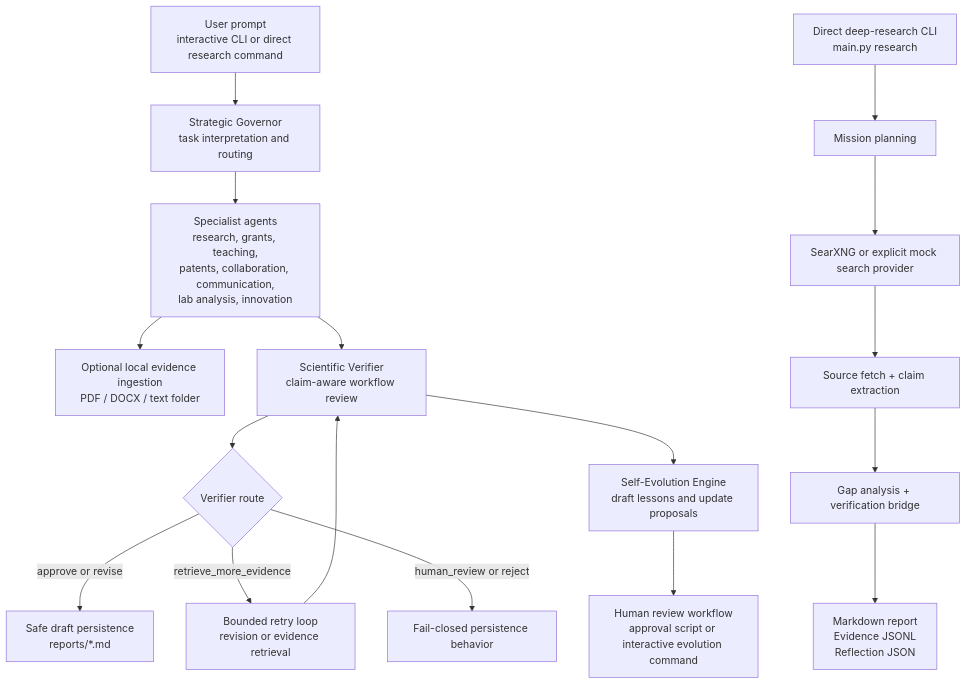
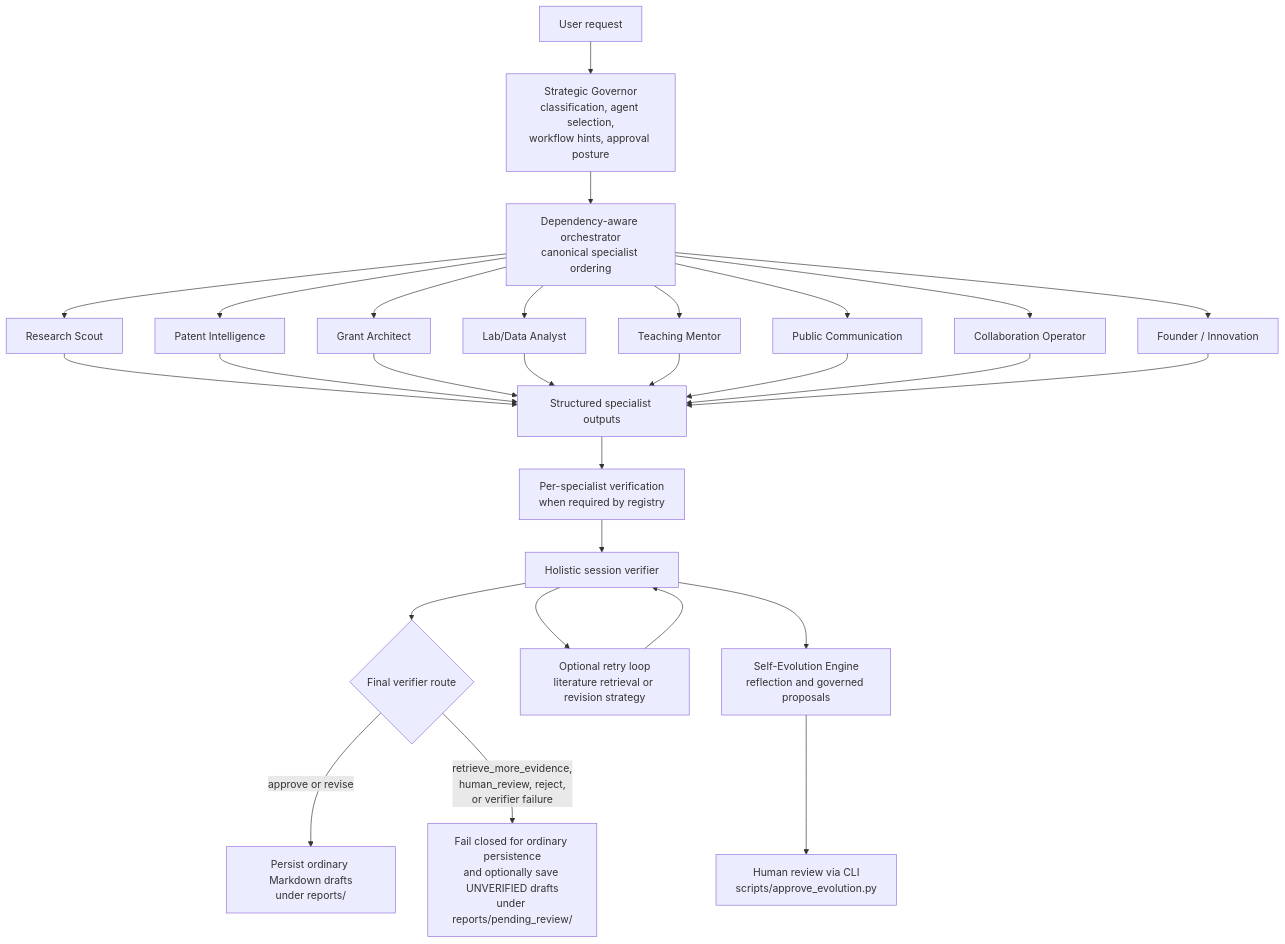
One commit to ph7klw76/AURA-AI-System changed the first of 2 diagrams in README .md. Above: the diagram before and after it, drawn with Mermaid. The commit also changed other lines of this file, not shown here.

````diff
--- a/README .md
+++ b/README .md
@@ -47,24 +57,35 @@
 ```mermaid
 flowchart TD
-    A["User prompt<br/>interactive CLI or direct research command"] --> B["Strategic Governor<br/>task interpretation and routing"]
+    A["User request"] --> B["Strategic Governor<br/>classification, agent selection,<br/>workflow hints, approval posture"]
+    B --> C["Dependency-aware orchestrator<br/>canonical specialist ordering"]
+    C --> D1["Research Scout"]
+    C --> D2["Patent Intelligence"]
+    C --> D3["Grant Architect"]
+    C --> D4["Lab/Data Analyst"]
+    C --> D5["Teaching Mentor"]
+    C --> D6["Public Communication"]
+    C --> D7["Collaboration Operator"]
+    C --> D8["Founder / Innovation"]
 
-    B --> C["Specialist agents<br/>research, grants, teaching,<br/>patents, collaboration, communication,<br/>lab analysis, innovation"]
-    C --> D["Optional local evidence ingestion<br/>PDF / DOCX / text folder"]
-    C --> E["Scientific Verifier<br/>claim-aware workflow review"]
+    D1 --> E["Structured specialist outputs"]
+    D2 --> E
+    D3 --> E
+    D4 --> E
+    D5 --> E
+    D6 --> E
+    D7 --> E
+    D8 --> E
 
-    E --> F{"Verifier route"}
-    F -->|"approve or revise"| G["Safe draft persistence<br/>reports/*.md"]
-    F -->|"retrieve_more_evidence"| H["Bounded retry loop<br/>revision or evidence retrieval"]
-    F -->|"human_review or reject"| I["Fail-closed persistence behavior"]
+    E --> F["Per-specialist verification<br/>when required by registry"]
+    F --> G["Holistic session verifier"]
+    G --> H{"Final verifier route"}
 
-    H --> E
+    H -->|approve or revise| I["Persist ordinary Markdown drafts<br/>under reports/"]
+    H -->|retrieve_more_evidence,<br/>human_review, reject,<br/>or verifier failure| J["Fail closed for ordinary persistence<br/>and optionally save UNVERIFIED drafts<br/>under reports/pending_review/"]
 
-    E --> J["Self-Evolution Engine<br/>draft lessons and update proposals"]
-    J --> K["Human review workflow<br/>approval script or interactive evolution command"]
+    G --> K["Optional retry loop<br/>literature retrieval or revision strategy"]
+    K --> G
 
-    L["Direct deep-research CLI<br/>main.py research"] --> M["Mission planning"]
-    M --> N["SearXNG or explicit mock search provider"]
-    N --> O["Source fetch + claim extraction"]
-    O --> P["Gap analysis + verification bridge"]
-    P --> Q["Markdown report<br/>Evidence JSONL<br/>Reflection JSON"]
+    G --> L["Self-Evolution Engine<br/>reflection and governed proposals"]
+    L --> M["Human review via CLI<br/>scripts/approve_evolution.py"]
 ```
````
